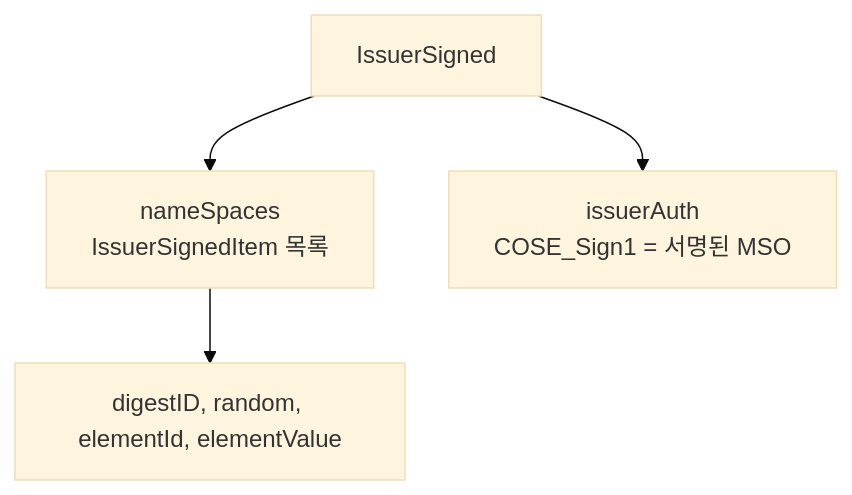
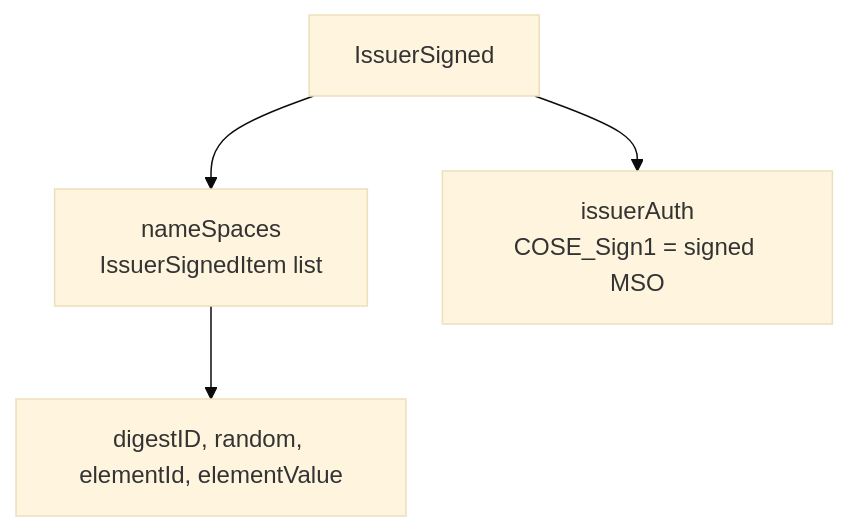
The first of 4 diagrams in docs/concepts/mdoc/mdoc_overview.md (OmniOneID/poc-oid4vc), drawn with Mermaid (base theme) before and after one commit. The commit also changed other lines of this file and 29 other files, not shown here.

````diff
--- a/docs/concepts/mdoc/mdoc_overview.md
+++ b/docs/concepts/mdoc/mdoc_overview.md
@@ -97,6 +97,6 @@
 ```mermaid
 flowchart TB
-    IS[IssuerSigned] --> NS[nameSpaces<br/>IssuerSignedItem 목록]
-    IS --> IA[issuerAuth<br/>COSE_Sign1 = 서명된 MSO]
+    IS[IssuerSigned] --> NS[nameSpaces<br/>IssuerSignedItem list]
+    IS --> IA[issuerAuth<br/>COSE_Sign1 = signed MSO]
     NS --> Item1[digestID, random, elementId, elementValue]
 ```
````
